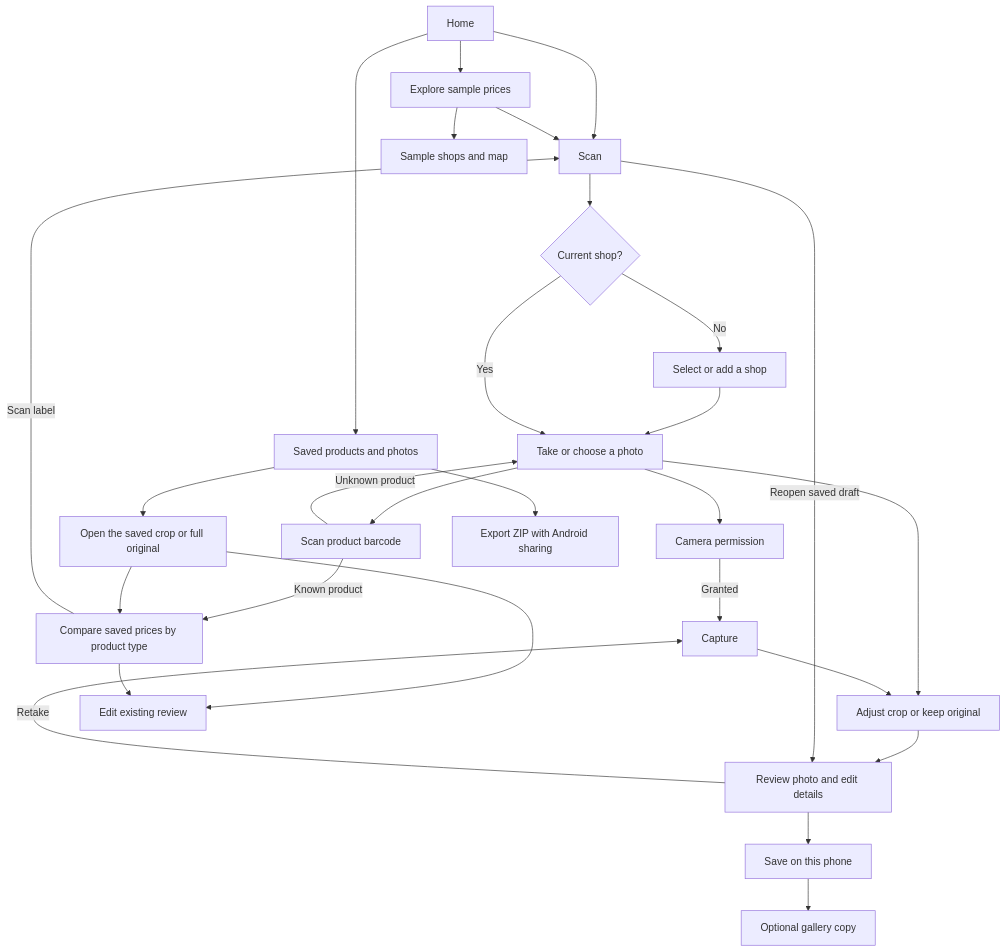
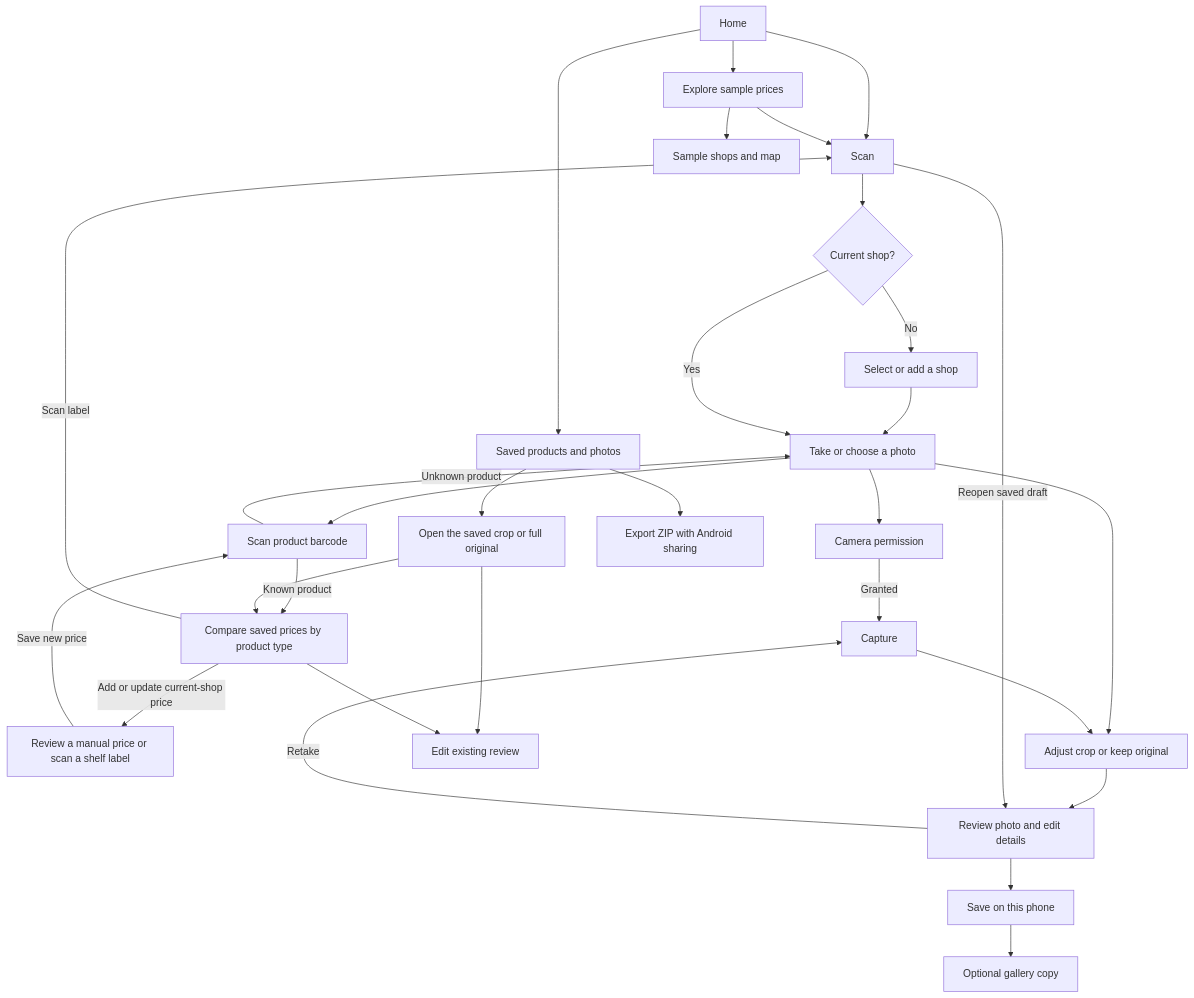
The diagram in docs/app-map.md (Maratatasan/cheapo-app), drawn with Mermaid before and after one commit. The commit also changed other lines of this file and 8 other files, not shown here.

Commit message:
Record current-shop prices from a known barcode

````diff
--- a/docs/app-map.md
+++ b/docs/app-map.md
@@ -11,30 +11,32 @@
 ```mermaid
 flowchart TD
     Home --> Scan
     Scan --> CurrentShop{"Current shop?"}
     CurrentShop -->|No| ChooseShop["Select or add a shop"]
     ChooseShop --> Source["Take or choose a photo"]
     CurrentShop -->|Yes| Source
     Source --> Barcode["Scan product barcode"]
     Barcode -->|Known product| Compare
+    Compare -->|Add or update current-shop price| PriceReview["Review a manual price or scan a shelf label"]
+    PriceReview -->|Save new price| Barcode
     Barcode -->|Unknown product| Source
     Source --> Permission["Camera permission"]
     Source --> Crop
     Permission -->|Granted| Capture
     Capture --> Crop["Adjust crop or keep original"]
     Crop --> Review["Review photo and edit details"]
     Review -->|Retake| Capture
     Review --> Save["Save on this phone"]
     Save --> Gallery["Optional gallery copy"]
     Home --> Saved["Saved products and photos"]
     Saved --> SavedPhoto["Open the saved crop or full original"]
     SavedPhoto --> Compare["Compare saved prices by product type"]
     SavedPhoto --> Edit["Edit existing review"]
     Compare --> Edit
     Compare -->|Scan label| Scan
     Saved --> Export["Export ZIP with Android sharing"]
     Scan -->|Reopen saved draft| Review
     Home --> Results["Explore sample prices"]
     Results --> Shops["Sample shops and map"]
     Results --> Scan
 ```
````
